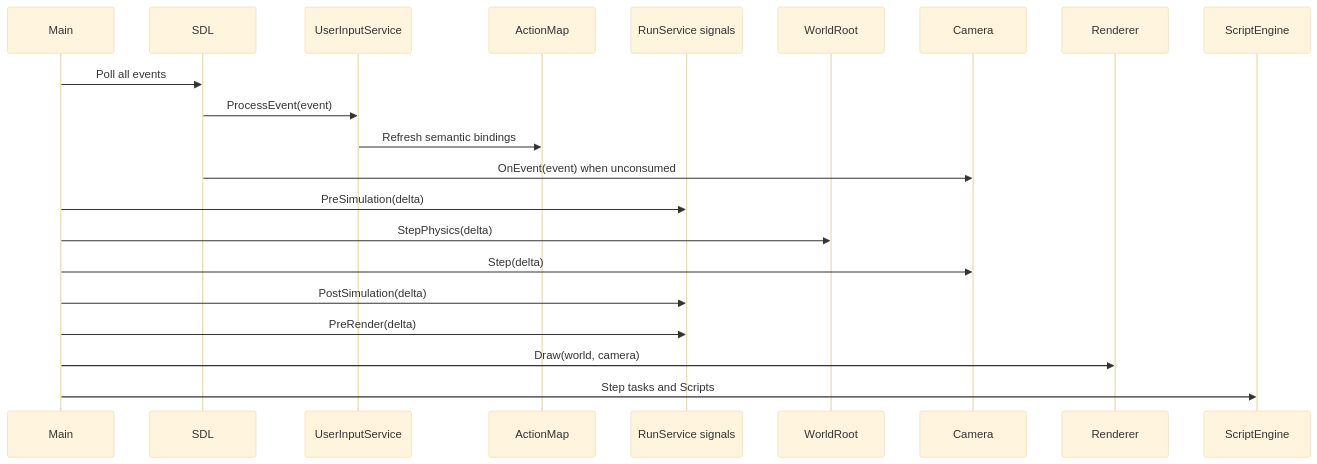
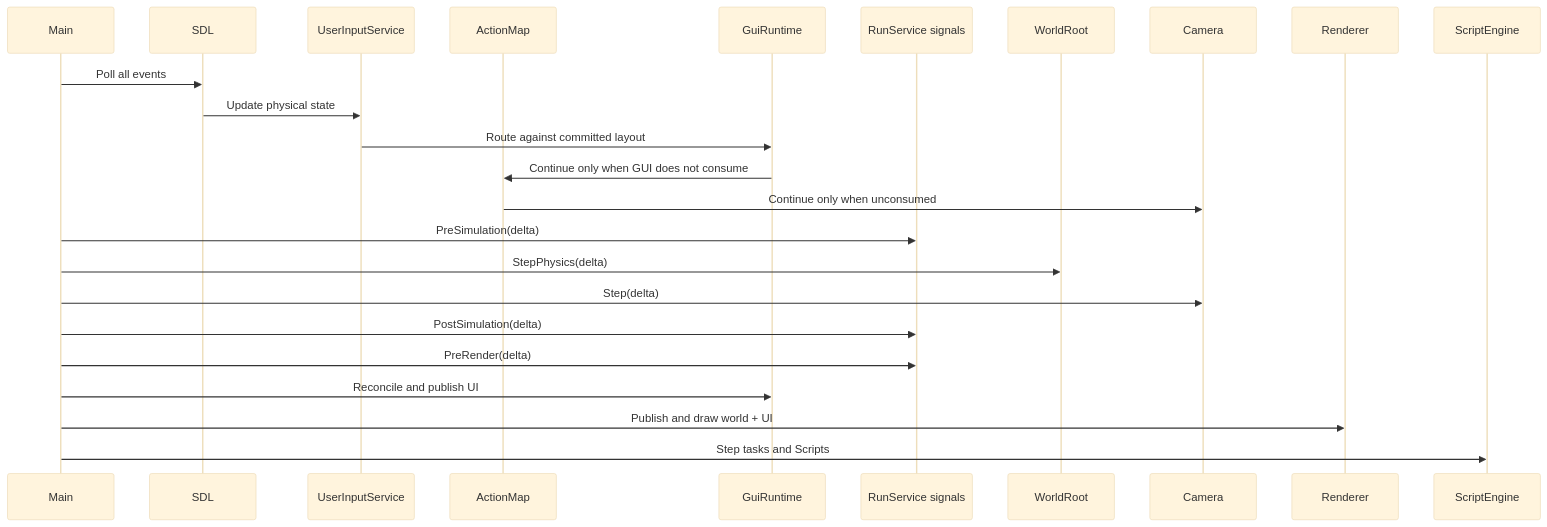
The third of 3 diagrams in devdocs/CurrentArchitecture/README.md (gmoddev/gargantuan), drawn with Mermaid (base theme) before and after one commit. The commit also changed other lines of this file and 5 other files, not shown here.

Commit message:
Document GUI Foundation architecture

````diff
--- a/devdocs/CurrentArchitecture/README.md
+++ b/devdocs/CurrentArchitecture/README.md
@@ -155,24 +166,27 @@
 ```mermaid
 sequenceDiagram
     participant Main
     participant SDL
     participant Input as UserInputService
     participant Actions as ActionMap
+	participant GUI as GuiRuntime
     participant Run as RunService signals
     participant Physics as WorldRoot
     participant Camera
     participant Renderer
     participant Luau as ScriptEngine
 
     Main->>SDL: Poll all events
-    SDL->>Input: ProcessEvent(event)
-    Input->>Actions: Refresh semantic bindings
-    SDL->>Camera: OnEvent(event) when unconsumed
+    SDL->>Input: Update physical state
+	Input->>GUI: Route against committed layout
+	GUI->>Actions: Continue only when GUI does not consume
+    Actions->>Camera: Continue only when unconsumed
     Main->>Run: PreSimulation(delta)
     Main->>Physics: StepPhysics(delta)
     Main->>Camera: Step(delta)
     Main->>Run: PostSimulation(delta)
     Main->>Run: PreRender(delta)
-    Main->>Renderer: Draw(world, camera)
+	Main->>GUI: Reconcile and publish UI
+    Main->>Renderer: Publish and draw world + UI
     Main->>Luau: Step tasks and Scripts
 ```
````
